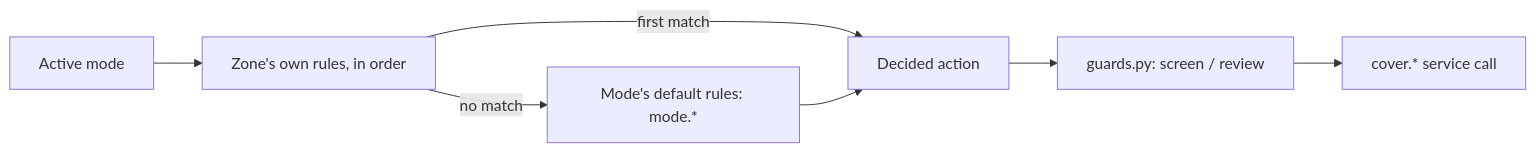
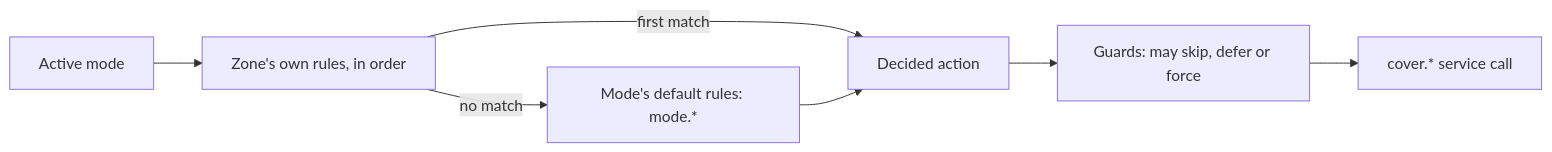
One commit to PeterLinuxOSS/ha-cover-logic changed the diagram in docs/site/concepts/rules.md. Above: the diagram before and after it, drawn with Mermaid. The commit also changed 9 other files, not shown here.

````diff
--- a/docs/site/concepts/rules.md
+++ b/docs/site/concepts/rules.md
@@ -42,9 +42,9 @@
 ```mermaid
 flowchart LR
     Mode[Active mode] --> Zone[Zone's own rules, in order]
     Zone -->|first match| Decided[Decided action]
     Zone -->|no match| Default[Mode's default rules: mode.*]
     Default --> Decided
-    Decided --> Guards[guards.py: screen / review]
+    Decided --> Guards[Guards: may skip, defer or force]
     Guards --> Command[cover.* service call]
 ```
````
